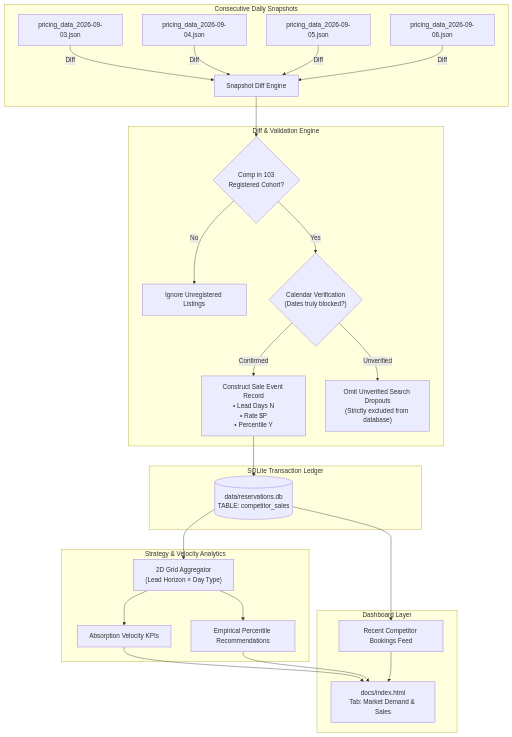
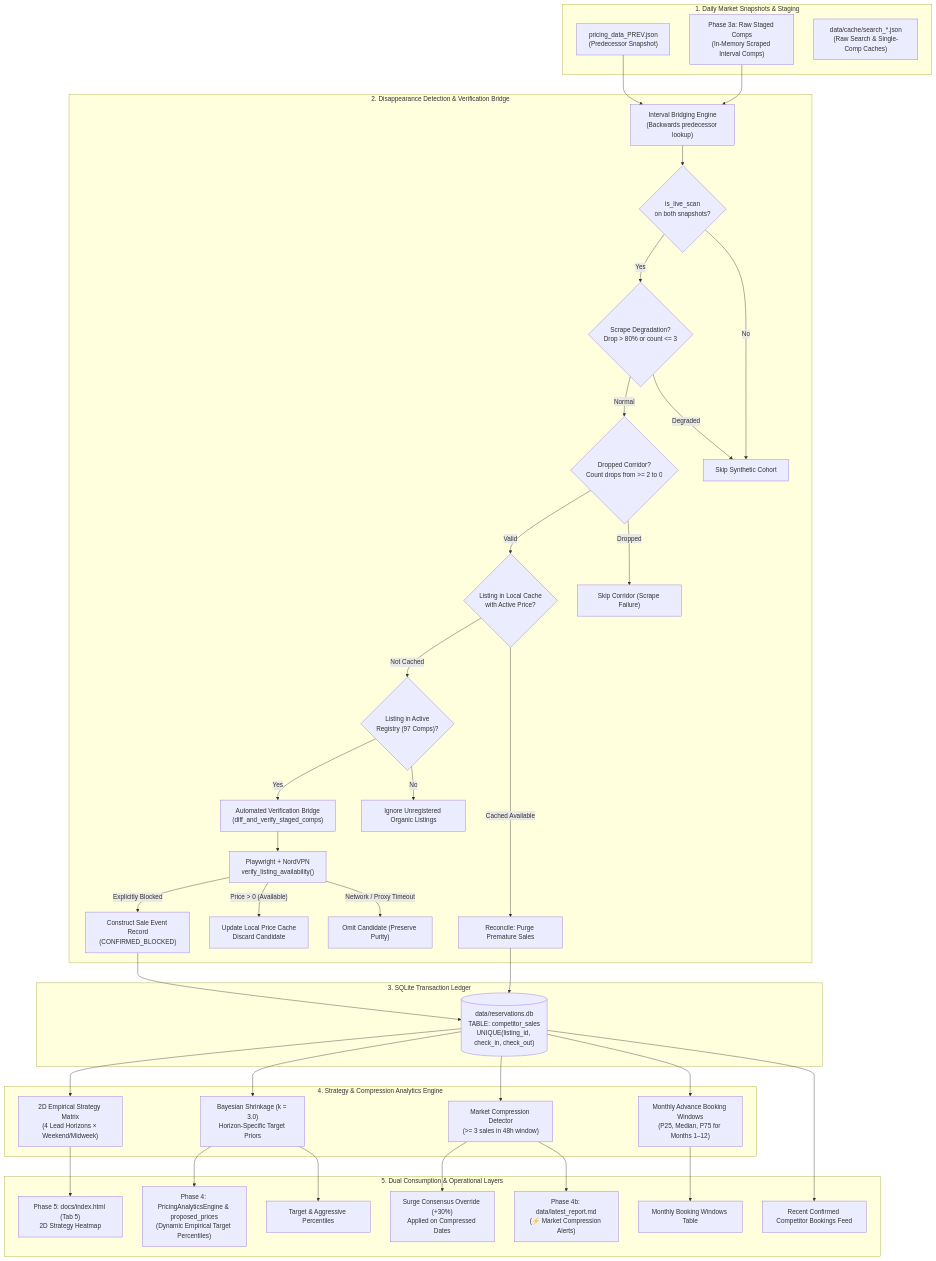
The first of 2 diagrams in docs/COMPETITOR_SALES_TRACKER_DESIGN.md (ivanpenkov/str-price-advisor), drawn with Mermaid before and after one commit. The commit also changed other lines of this file and 11 other files, not shown here.

Commit message:
Update pricing dashboard and reports (2026-09-13)

````diff
--- a/docs/COMPETITOR_SALES_TRACKER_DESIGN.md
+++ b/docs/COMPETITOR_SALES_TRACKER_DESIGN.md
@@ -47,38 +34,62 @@
 ```mermaid
 flowchart TD
-    subgraph Snapshots ["Consecutive Daily Snapshots"]
-        S1["pricing_data_2026-09-03.json"]
-        S2["pricing_data_2026-09-04.json"]
-        S3["pricing_data_2026-09-05.json"]
-        S4["pricing_data_2026-09-06.json"]
-        S1 -->|"Diff"| Diff["Snapshot Diff Engine"]
-        S2 -->|"Diff"| Diff
-        S3 -->|"Diff"| Diff
-        S4 -->|"Diff"| Diff
+    subgraph Ingestion ["1. Daily Market Snapshots & Staging"]
+        S_prev["pricing_data_PREV.json<br/>(Predecessor Snapshot)"]
+        RawStaged["Phase 3a: Raw Staged Comps<br/>(In-Memory Scraped Interval Comps)"]
+        Cache["data/cache/search_*.json<br/>(Raw Search & Single-Comp Caches)"]
     end
 
-    subgraph Diff_Processing ["Diff & Validation Engine"]
-        Diff --> Filter{"Comp in 103<br/>Registered Cohort?"}
-        Filter -- No --> Ignore["Ignore Unregistered Listings"]
-        Filter -- Yes --> Verify{"Calendar Verification<br/>(Dates truly blocked?)"}
-        Verify -- Confirmed --> SaleRecord["Construct Sale Event Record<br/>• Lead Days N<br/>• Rate $P<br/>• Percentile Y"]
-        Verify -- Unverified --> OmitRecord["Omit Unverified Search Dropouts<br/>(Strictly excluded from database)"]
+    subgraph Diff_Pipeline ["2. Disappearance Detection & Verification Bridge"]
+        Bridge["Interval Bridging Engine<br/>(Backwards predecessor lookup)"]
+        LiveGuard{"is_live_scan<br/>on both snapshots?"}
+        DegradeGuard{"Scrape Degradation?<br/>Drop > 80% or count <= 3"}
+        CorridorGuard{"Dropped Corridor?<br/>Count drops from >= 2 to 0"}
+        CacheCheck{"Listing in Local Cache<br/>with Active Price?"}
+        RegistryFilter{"Listing in Active<br/>Registry (97 Comps)?"}
+        ReconcilePurge["Reconcile: Purge Premature Sales"]
+        VerifyQueue["Automated Verification Bridge<br/>(diff_and_verify_staged_comps)"]
+        DirectPDP["Playwright + NordVPN<br/>verify_listing_availability()"]
+        CommitSale["Construct Sale Event Record<br/>(CONFIRMED_BLOCKED)"]
+        UpdateCache["Update Local Price Cache<br/>Discard Candidate"]
+        
+        S_prev --> Bridge
+        RawStaged --> Bridge
+        Bridge --> LiveGuard
+        LiveGuard -- Yes --> DegradeGuard
+        LiveGuard -- No --> SkipInterval["Skip Synthetic Cohort"]
+        DegradeGuard -- Normal --> CorridorGuard
+        DegradeGuard -- Degraded --> SkipInterval
+        CorridorGuard -- Valid --> CacheCheck
+        CorridorGuard -- Dropped --> SkipCorridor["Skip Corridor (Scrape Failure)"]
+        CacheCheck -- Not Cached --> RegistryFilter
+        CacheCheck -- Cached Available --> ReconcilePurge
+        RegistryFilter -- Yes --> VerifyQueue
+        RegistryFilter -- No --> IgnoreOrganic["Ignore Unregistered Organic Listings"]
+        VerifyQueue --> DirectPDP
+        DirectPDP -- Explicitly Blocked --> CommitSale
+        DirectPDP -- Price > 0 (Available) --> UpdateCache
+        DirectPDP -- Network / Proxy Timeout --> OmitUnverified["Omit Candidate (Preserve Purity)"]
     end
 
-    subgraph Storage ["SQLite Transaction Ledger"]
-        SaleRecord --> SQL[("data/reservations.db<br/>TABLE: competitor_sales")]
+    subgraph Persistence ["3. SQLite Transaction Ledger"]
+        CommitSale --> SQL[("data/reservations.db<br/>TABLE: competitor_sales<br/>UNIQUE(listing_id, check_in, check_out)")]
+        ReconcilePurge --> SQL
     end
 
-    subgraph Analytics ["Strategy & Velocity Analytics"]
-        SQL --> Aggregator["2D Grid Aggregator<br/>(Lead Horizon × Day Type)"]
-        Aggregator --> Recommendations["Empirical Percentile Recommendations"]
-        Aggregator --> KPIs["Absorption Velocity KPIs"]
+    subgraph Analytics ["4. Strategy & Compression Analytics Engine"]
+        SQL --> GridEngine["2D Empirical Strategy Matrix<br/>(4 Lead Horizons × Weekend/Midweek)"]
+        SQL --> BayesEngine["Bayesian Shrinkage (k = 3.0)<br/>Horizon-Specific Target Priors"]
+        SQL --> SurgeEngine["Market Compression Detector<br/>(>= 3 sales in 48h window)"]
+        SQL --> WindowsEngine["Monthly Advance Booking Windows<br/>(P25, Median, P75 for Months 1–12)"]
     end
 
-    subgraph Presentation ["Dashboard Layer"]
-        KPIs --> UI["docs/index.html<br/>Tab: Market Demand & Sales"]
-        Recommendations --> UI
-        SQL --> Feed["Recent Competitor Bookings Feed"]
-        Feed --> UI
+    subgraph Consumption ["5. Dual Consumption & Operational Layers"]
+        BayesEngine --> DynamicPricing["Phase 4: PricingAnalyticsEngine & proposed_prices<br/>(Dynamic Empirical Target Percentiles)"]
+        SurgeEngine --> SurgePricing["Surge Consensus Override (+30%)<br/>Applied on Compressed Dates"]
+        SurgeEngine --> MarkdownReport["Phase 4b: data/latest_report.md<br/>(⚡ Market Compression Alerts)"]
+        GridEngine --> UI_Grid["Phase 5: docs/index.html (Tab 5)<br/>2D Strategy Heatmap"]
+        BayesEngine --> UI_Recs["Target & Aggressive Percentiles"]
+        WindowsEngine --> UI_Windows["Monthly Booking Windows Table"]
+        SQL --> UI_Feed["Recent Confirmed Competitor Bookings Feed"]
     end
 ```
````
